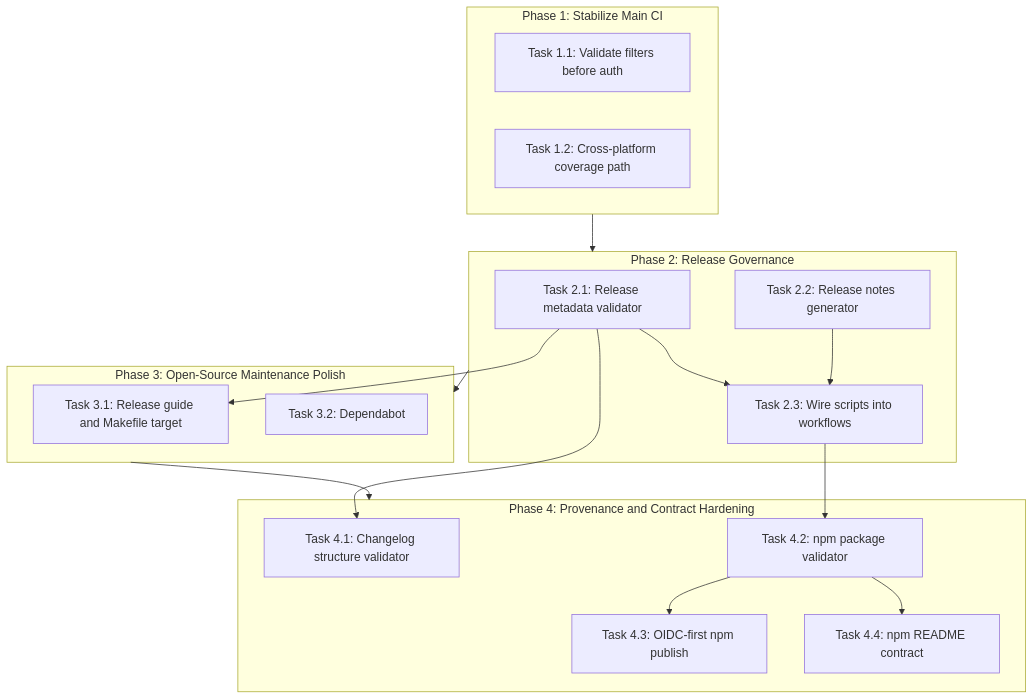
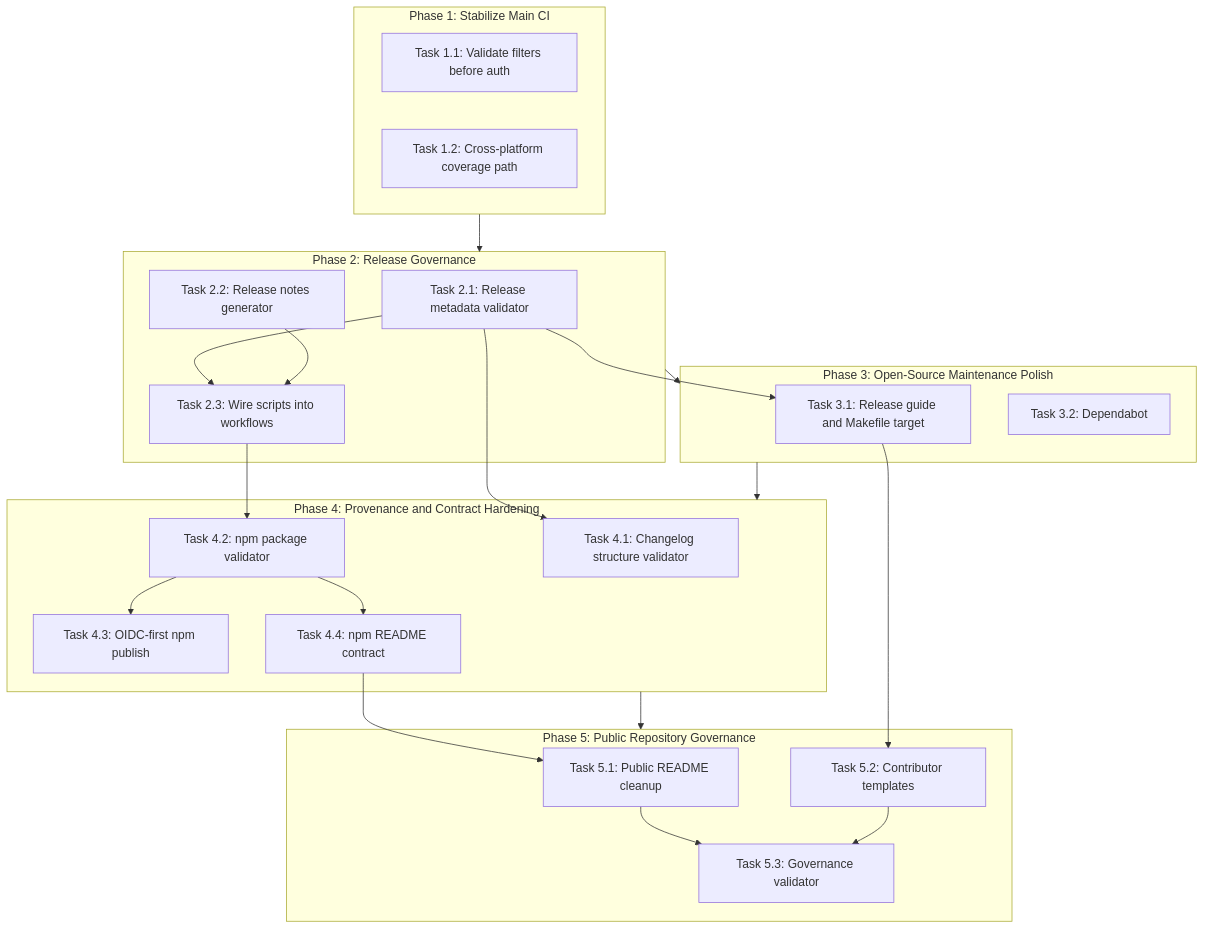
The diagram in docs/plan/dependency-graph.md (DeliciousBuding/dida-cli), drawn with Mermaid before and after one commit. The commit also changed 16 other files, not shown here.

Commit message:
ci: validate repository governance

````diff
--- a/docs/plan/dependency-graph.md
+++ b/docs/plan/dependency-graph.md
@@ -3,36 +3,47 @@
 ```mermaid
 graph TD
   subgraph Phase1["Phase 1: Stabilize Main CI"]
     T11["Task 1.1: Validate filters before auth"]
     T12["Task 1.2: Cross-platform coverage path"]
   end
 
   subgraph Phase2["Phase 2: Release Governance"]
     T21["Task 2.1: Release metadata validator"]
     T22["Task 2.2: Release notes generator"]
     T23["Task 2.3: Wire scripts into workflows"]
   end
 
   subgraph Phase3["Phase 3: Open-Source Maintenance Polish"]
     T31["Task 3.1: Release guide and Makefile target"]
     T32["Task 3.2: Dependabot"]
   end
 
   subgraph Phase4["Phase 4: Provenance and Contract Hardening"]
     T41["Task 4.1: Changelog structure validator"]
     T42["Task 4.2: npm package validator"]
     T43["Task 4.3: OIDC-first npm publish"]
     T44["Task 4.4: npm README contract"]
   end
 
+  subgraph Phase5["Phase 5: Public Repository Governance"]
+    T51["Task 5.1: Public README cleanup"]
+    T52["Task 5.2: Contributor templates"]
+    T53["Task 5.3: Governance validator"]
+  end
+
   T21 --> T23
   T22 --> T23
   T21 --> T31
   T21 --> T41
   T23 --> T42
   T42 --> T43
   T42 --> T44
+  T44 --> T51
+  T31 --> T52
+  T51 --> T53
+  T52 --> T53
   Phase1 --> Phase2
   Phase2 --> Phase3
   Phase3 --> Phase4
+  Phase4 --> Phase5
 ```
````
